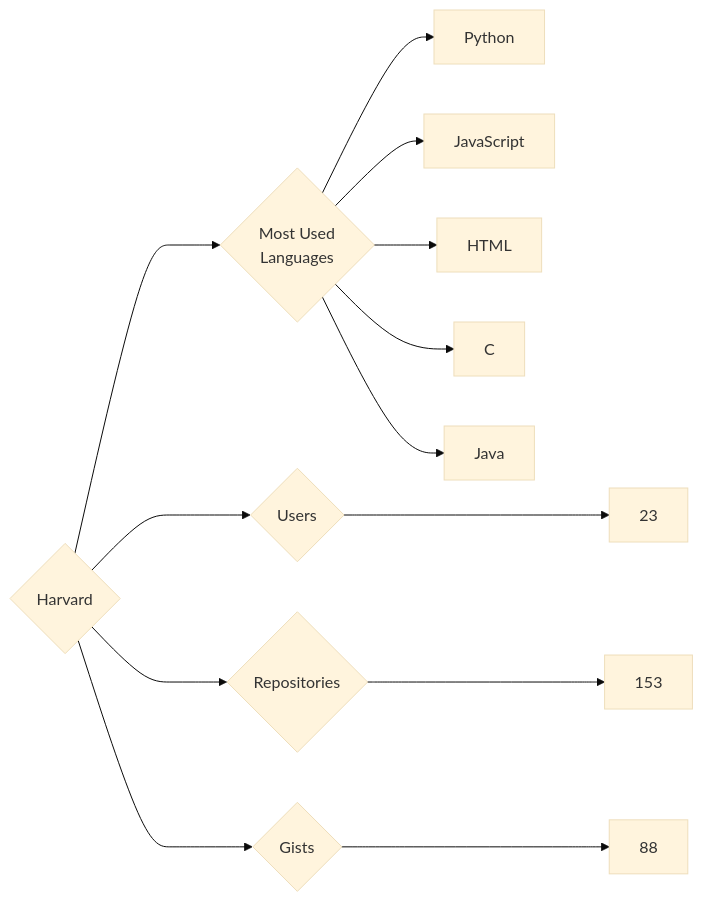
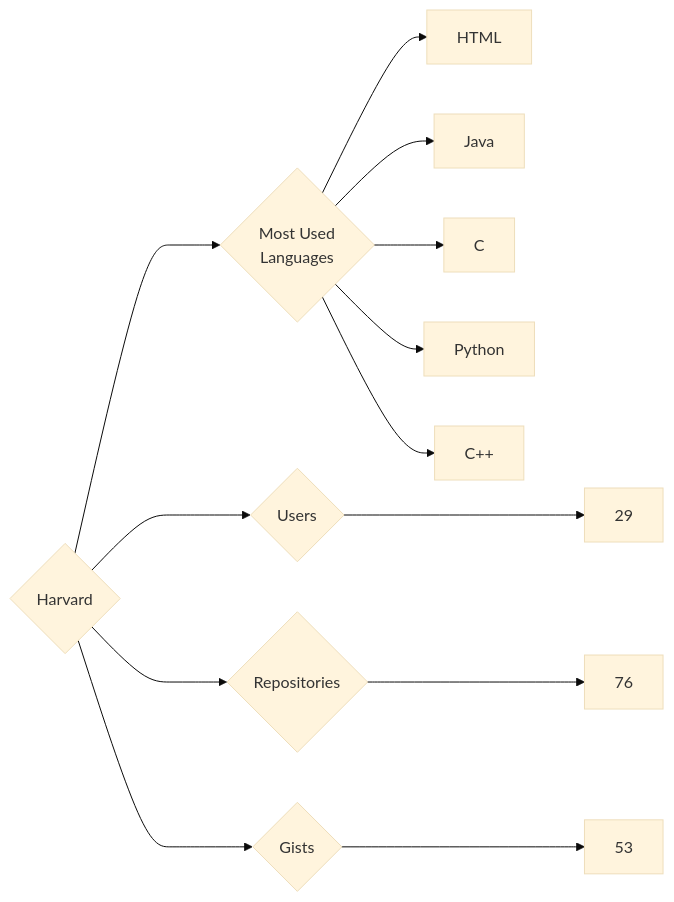
Before and after one commit to trickest/insiders: the diagram in targets/Harvard/README.md, drawn with Mermaid (base theme). The commit also changed 610 other files, not shown here.

````diff
--- a/targets/Harvard/README.md
+++ b/targets/Harvard/README.md
@@ -3,13 +3,13 @@
 ```mermaid
 graph LR
 COMPANY_NAME{Harvard}
-COMPANY_NAME ---> U{Users} ---> UN[23]
-COMPANY_NAME ---> R{Repositories} ---> RN[153]
-COMPANY_NAME ---> G{Gists} ---> GN[88]
+COMPANY_NAME ---> U{Users} ---> UN[29]
+COMPANY_NAME ---> R{Repositories} ---> RN[76]
+COMPANY_NAME ---> G{Gists} ---> GN[53]
 COMPANY_NAME ---> ML{Most Used<br>Languages}
+ML --> HTML[HTML]
+ML --> Java[Java]
+ML --> C[C]
 ML --> Python[Python]
-ML --> JavaScript[JavaScript]
-ML --> HTML[HTML]
-ML --> C[C]
-ML --> Java[Java]
+ML --> C++[C++]
 ```
````
